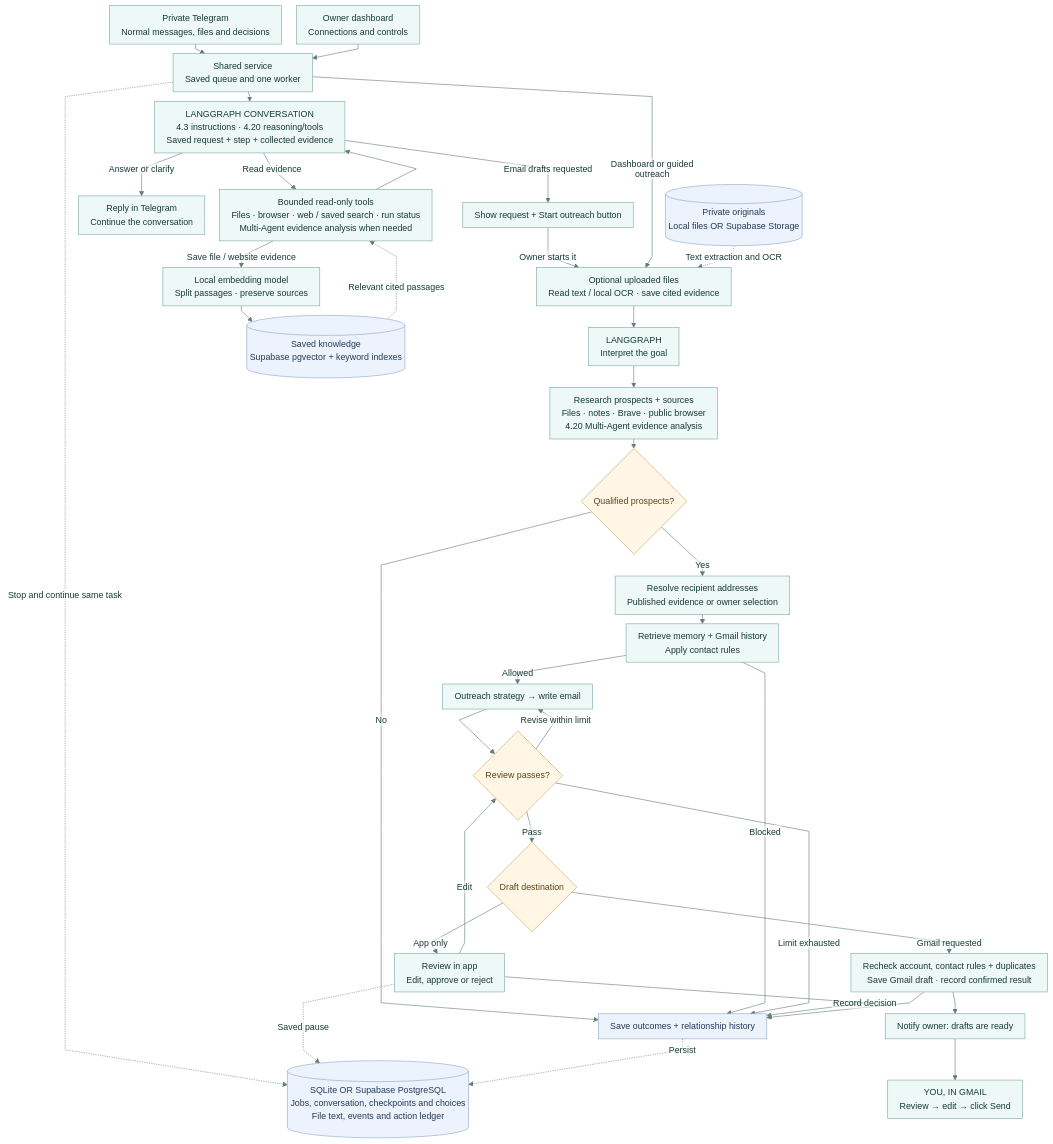
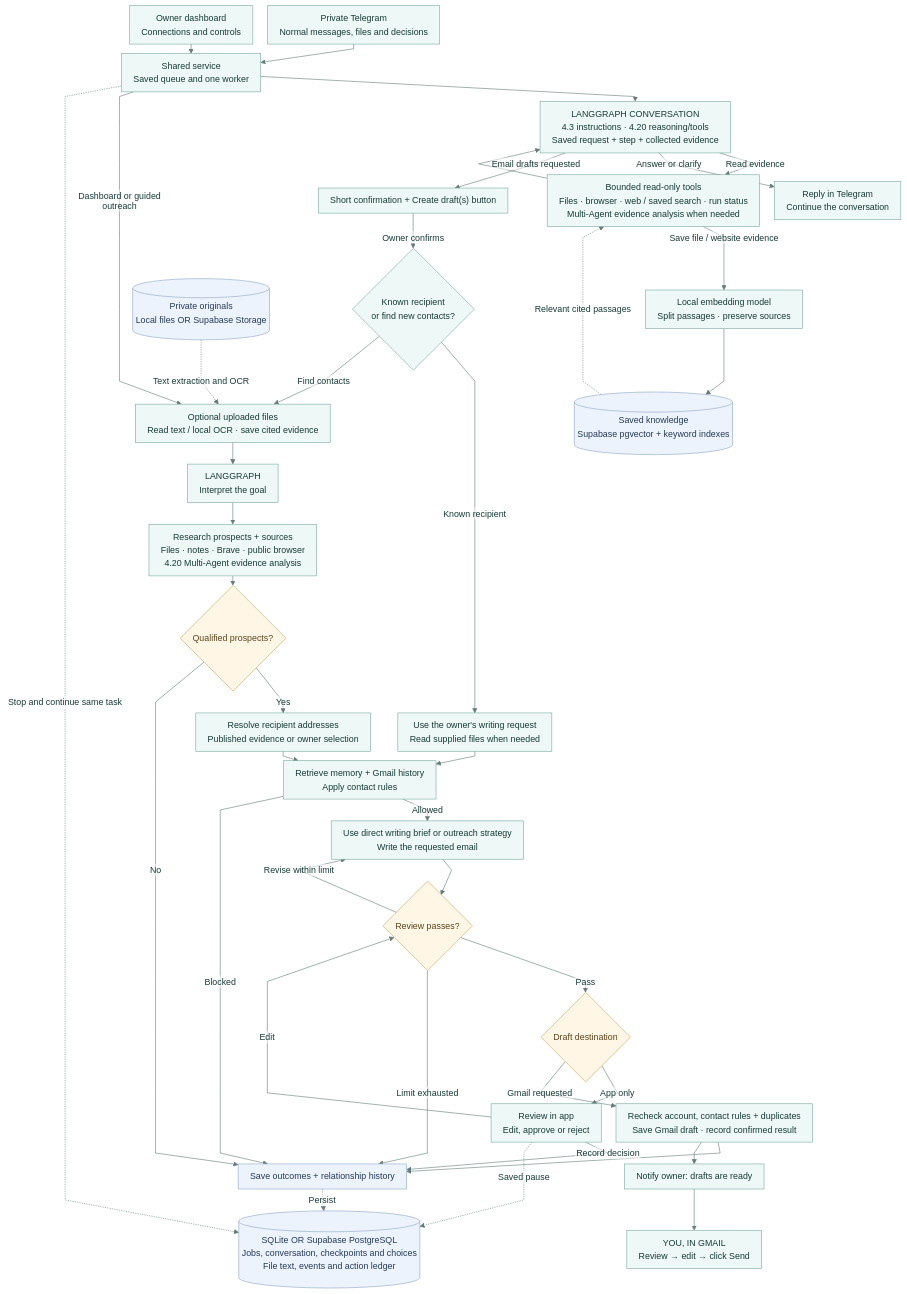
Before and after one commit to rutujashingate/outreach-agent: the diagram in docs/assets/workflow.mmd, drawn with Mermaid. The commit also changed 33 other files, not shown here.

Commit message:
Fix direct email drafting and simplify Telegram conversations

```diff
--- a/docs/assets/workflow.mmd
+++ b/docs/assets/workflow.mmd
@@ -1,64 +1,67 @@
 ---
 config:
   theme: base
   fontFamily: Arial
   themeCSS: 'text, tspan { font-family: Arial, Helvetica, sans-serif !important; }'
   themeVariables:
     fontSize: 15px
     primaryColor: '#eef8f6'
     primaryBorderColor: '#78aaa0'
     primaryTextColor: '#163b36'
     lineColor: '#657d78'
     edgeLabelBackground: '#ffffff'
   flowchart:
     htmlLabels: false
     curve: linear
     nodeSpacing: 25
     rankSpacing: 16
     padding: 10
     wrappingWidth: 380
 ---
 flowchart TD
     accTitle: Requested outreach drafts with manual Gmail sending
-    accDescr: Telegram messages enter a saved queue. LangGraph answers questions and uses reading tools. Only an explicit email request and the owner's Start outreach action enter drafting. The workflow researches, qualifies, resolves recipients, checks contacts, writes and reviews drafts. Requested Gmail drafts are saved once and announced. The owner reviews, edits and sends in Gmail, outside the agent. App-only drafts retain review controls. SQLite or one Supabase PostgreSQL database holds saved state.
+    accDescr: Telegram messages enter a saved queue. LangGraph answers questions and uses reading tools. An explicit email request and the owner's Create draft action enter drafting. Known recipients go directly to writing preparation without prospect discovery or fit scoring. Finding new contacts follows research, qualification and address selection. Both paths retain relationship checks, writing, review and duplicate protection. The owner reviews, edits and sends in Gmail. SQLite or one Supabase PostgreSQL database holds saved state.
     telegram["Private Telegram<br/>Normal messages, files and decisions"] --> service["Shared service<br/>Saved queue and one worker"]
     dashboard["Owner dashboard<br/>Connections and controls"] --> service
     service --> chat["LANGGRAPH CONVERSATION<br/>4.3 instructions · 4.20 reasoning/tools<br/>Saved request + step + collected evidence"]
     chat -->|Read evidence| tools["Bounded read-only tools<br/>Files · browser · web / saved search · run status<br/>Multi-Agent evidence analysis when needed"]
     tools --> chat
     chat -->|Answer or clarify| answer["Reply in Telegram<br/>Continue the conversation"]
-    chat -->|Email drafts requested| proposal["Show request + Start outreach button"]
-    proposal -->|Owner starts it| files["Optional uploaded files<br/>Read text / local OCR · save cited evidence"]
+    chat -->|Email drafts requested| proposal["Short confirmation + Create draft(s) button"]
+    proposal -->|Owner confirms| kind{"Known recipient<br/>or find new contacts?"}
+    kind -->|Known recipient| direct["Use the owner's writing request<br/>Read supplied files when needed"]
+    kind -->|Find contacts| files["Optional uploaded files<br/>Read text / local OCR · save cited evidence"]
     service -->|Dashboard or guided outreach| files
     files --> goal["LANGGRAPH<br/>Interpret the goal"]
     goal --> research["Research prospects + sources<br/>Files · notes · Brave · public browser<br/>4.20 Multi-Agent evidence analysis"]
     research --> qualification{"Qualified prospects?"}
     qualification -->|Yes| recipients["Resolve recipient addresses<br/>Published evidence or owner selection"]
     qualification -->|No| outcome["Save outcomes + relationship history"]
     recipients --> memory["Retrieve memory + Gmail history<br/>Apply contact rules"]
-    memory -->|Allowed| strategy["Outreach strategy → write email"]
+    direct --> memory
+    memory -->|Allowed| strategy["Use direct writing brief or outreach strategy<br/>Write the requested email"]
     memory -->|Blocked| outcome
     strategy --> review{"Review passes?"}
     review -->|Pass| destination{"Draft destination"}
     review -->|Revise within limit| strategy
     review -->|Limit exhausted| outcome
     destination -->|App only| approval["Review in app<br/>Edit, approve or reject"]
     approval -->|Edit| review
     approval -->|Record decision| outcome
     destination -->|Gmail requested| action["Recheck account, contact rules + duplicates<br/>Save Gmail draft · record confirmed result"]
     action --> outcome
     action --> notify["Notify owner: drafts are ready"]
     notify --> manual["YOU, IN GMAIL<br/>Review → edit → click Send"]
     store[("SQLite OR Supabase PostgreSQL<br/>Jobs, conversation, checkpoints and choices<br/>File text, events and action ledger")]
     tools -->|Save file / website evidence| index["Local embedding model<br/>Split passages · preserve sources"]
     index --> knowledge[("Saved knowledge<br/>Supabase pgvector + keyword indexes")]
     knowledge -. Relevant cited passages .-> tools
     originals[("Private originals<br/>Local files OR Supabase Storage")]
     originals -. Text extraction and OCR .-> files
     service -. Stop and continue same task .-> store
     approval -. Saved pause .-> store
     outcome -. Persist .-> store
     classDef decision fill:#fff6e6,stroke:#caa65d,color:#5b451b;
     classDef storage fill:#edf3fc,stroke:#8da6c7,color:#243b58;
     class qualification,review,destination decision;
     class store,outcome,knowledge,originals storage;
```
